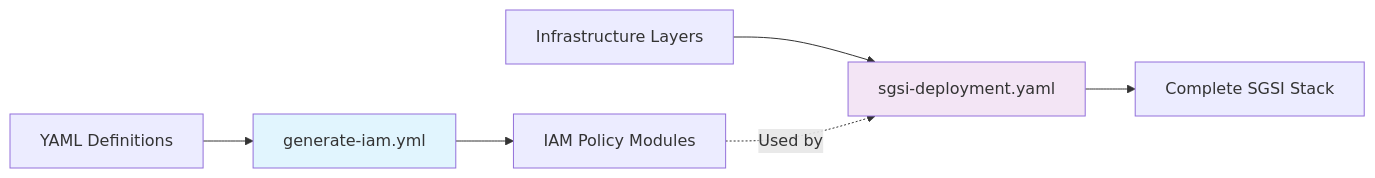
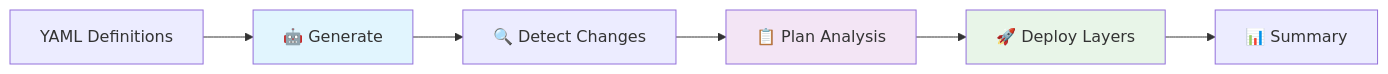
Before and after one commit to DarwinR22/aws-iam-roles: the diagram in README.md, drawn with Mermaid. The commit also changed other lines of this file and 5 other files, not shown here.

````diff
--- a/README.md
+++ b/README.md
@@ -38,13 +43,12 @@
 ```mermaid
 graph LR
-    A[YAML Definitions] --> B[generate-iam.yml]
-    B --> C[IAM Policy Modules]
-    
-    D[Infrastructure Layers] --> E[sgsi-deployment.yaml]
-    E --> F[Complete SGSI Stack]
-    
-    C -.->|Used by| E
+    A[YAML Definitions] --> B[🤖 Generate]
+    B --> C[🔍 Detect Changes]
+    C --> D[📋 Plan Analysis]
+    D --> E[🚀 Deploy Layers]
+    E --> F[📊 Summary]
     
     style B fill:#e1f5fe
-    style E fill:#f3e5f5
+    style D fill:#f3e5f5
+    style E fill:#e8f5e8
 ```
````
